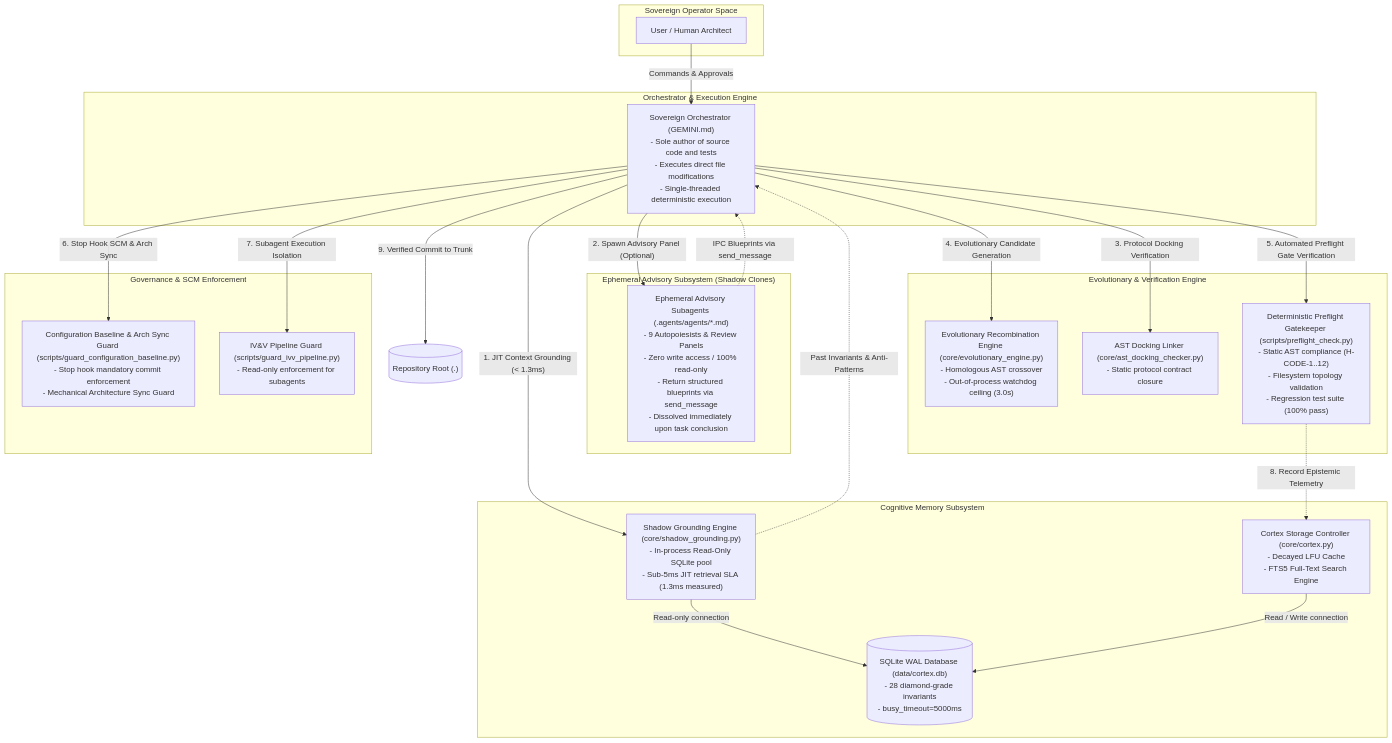
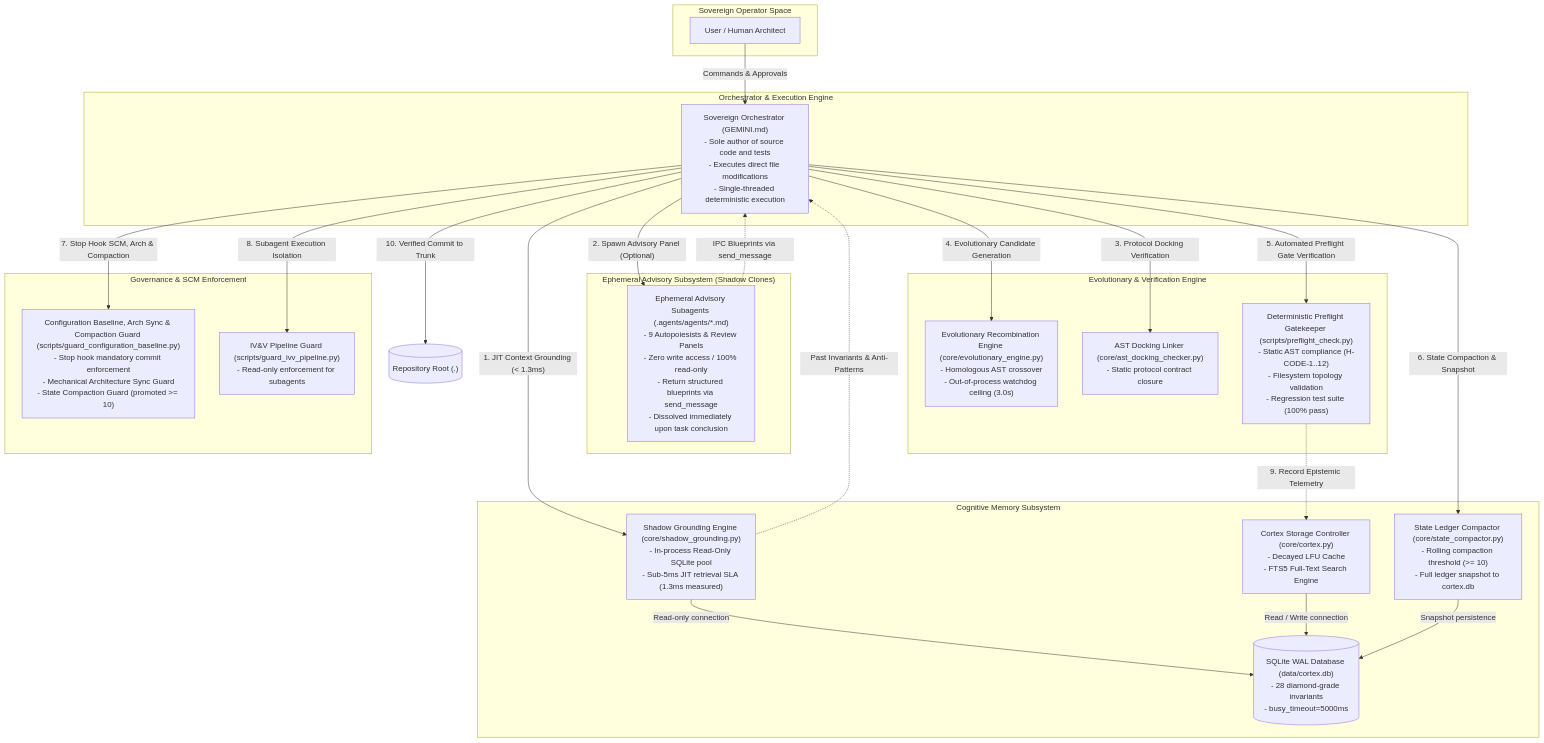
The first of 2 diagrams in docs/active/ARCHITECTURE.md (jinseobhong/antigravity-autopoiesis), drawn with Mermaid before and after one commit. The commit also changed other lines of this file and 8 other files, not shown here.

Commit message:
feat(cortex): implement state ledger rolling compactor and stop hook compaction guard (TASK-036)

````diff
--- a/docs/active/ARCHITECTURE.md
+++ b/docs/active/ARCHITECTURE.md
@@ -31,68 +31,74 @@
 ```mermaid
 graph TD
     subgraph UserSpace["Sovereign Operator Space"]
         User["User / Human Architect"]
     end
 
     subgraph OrchestratorEngine["Orchestrator & Execution Engine"]
         DirectMode["Sovereign Orchestrator (GEMINI.md)
 - Sole author of source code and tests
 - Executes direct file modifications
 - Single-threaded deterministic execution"]
     end
 
     subgraph MemorySubsystem["Cognitive Memory Subsystem"]
         ShadowGrounding["Shadow Grounding Engine (core/shadow_grounding.py)
 - In-process Read-Only SQLite pool
 - Sub-5ms JIT retrieval SLA (1.3ms measured)"]
         Cortex["Cortex Storage Controller (core/cortex.py)
 - Decayed LFU Cache
 - FTS5 Full-Text Search Engine"]
         CortexDB[("SQLite WAL Database (data/cortex.db)
 - 28 diamond-grade invariants
 - busy_timeout=5000ms")]
+        StateCompactor["State Ledger Compactor (core/state_compactor.py)
+- Rolling compaction threshold (>= 10)
+- Full ledger snapshot to cortex.db"]
         ShadowGrounding -->|"Read-only connection"| CortexDB
         Cortex -->|"Read / Write connection"| CortexDB
+        StateCompactor -->|"Snapshot persistence"| CortexDB
     end
 
     subgraph AdvisorySubsystem["Ephemeral Advisory Subsystem (Shadow Clones)"]
         ShadowClones["Ephemeral Advisory Subagents (.agents/agents/*.md)
 - 9 Autopoiesists & Review Panels
 - Zero write access / 100% read-only
 - Return structured blueprints via send_message
 - Dissolved immediately upon task conclusion"]
     end
 
     subgraph EvolutionSubsystem["Evolutionary & Verification Engine"]
         EvoEngine["Evolutionary Recombination Engine (core/evolutionary_engine.py)
 - Homologous AST crossover
 - Out-of-process watchdog ceiling (3.0s)"]
         ASTCheck["AST Docking Linker (core/ast_docking_checker.py)
 - Static protocol contract closure"]
         Preflight["Deterministic Preflight Gatekeeper (scripts/preflight_check.py)
 - Static AST compliance (H-CODE-1..12)
 - Filesystem topology validation
 - Regression test suite (100% pass)"]
     end
 
     subgraph GovernanceSubsystem["Governance & SCM Enforcement"]
-        BaselineGuard["Configuration Baseline & Arch Sync Guard (scripts/guard_configuration_baseline.py)
+        BaselineGuard["Configuration Baseline, Arch Sync & Compaction Guard (scripts/guard_configuration_baseline.py)
 - Stop hook mandatory commit enforcement
-- Mechanical Architecture Sync Guard"]
+- Mechanical Architecture Sync Guard
+- State Compaction Guard (promoted >= 10)"]
         IVVGuard["IV&V Pipeline Guard (scripts/guard_ivv_pipeline.py)
 - Read-only enforcement for subagents"]
     end
 
     User -->|"Commands & Approvals"| DirectMode
     DirectMode -->|"1. JIT Context Grounding (< 1.3ms)"| ShadowGrounding
     ShadowGrounding -.->|"Past Invariants & Anti-Patterns"| DirectMode
     DirectMode -->|"2. Spawn Advisory Panel (Optional)"| ShadowClones
     ShadowClones -.->|"IPC Blueprints via send_message"| DirectMode
     DirectMode -->|"3. Protocol Docking Verification"| ASTCheck
     DirectMode -->|"4. Evolutionary Candidate Generation"| EvoEngine
     DirectMode -->|"5. Automated Preflight Gate Verification"| Preflight
-    DirectMode -->|"6. Stop Hook SCM & Arch Sync"| BaselineGuard
-    DirectMode -->|"7. Subagent Execution Isolation"| IVVGuard
-    Preflight -.->|"8. Record Epistemic Telemetry"| Cortex
-    DirectMode -->|"9. Verified Commit to Trunk"| ProductionRoot[("Repository Root (.)")]
+    DirectMode -->|"6. State Compaction & Snapshot"| StateCompactor
+    DirectMode -->|"7. Stop Hook SCM, Arch & Compaction"| BaselineGuard
+    DirectMode -->|"8. Subagent Execution Isolation"| IVVGuard
+    Preflight -.->|"9. Record Epistemic Telemetry"| Cortex
+    DirectMode -->|"10. Verified Commit to Trunk"| ProductionRoot[("Repository Root (.)")]
 ```
````
